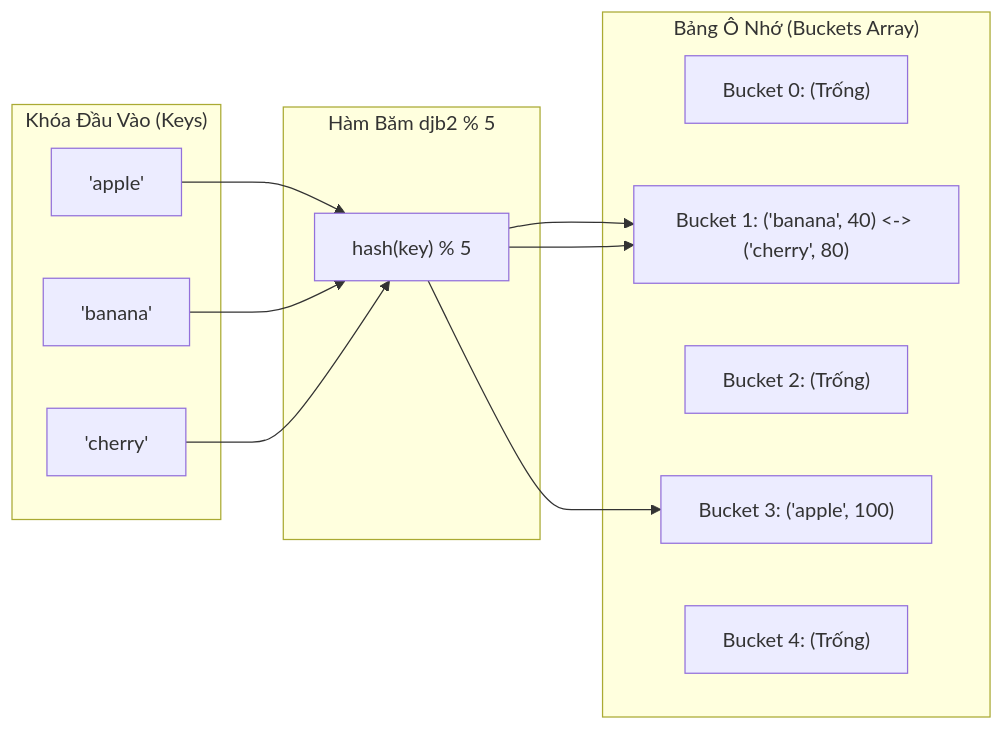
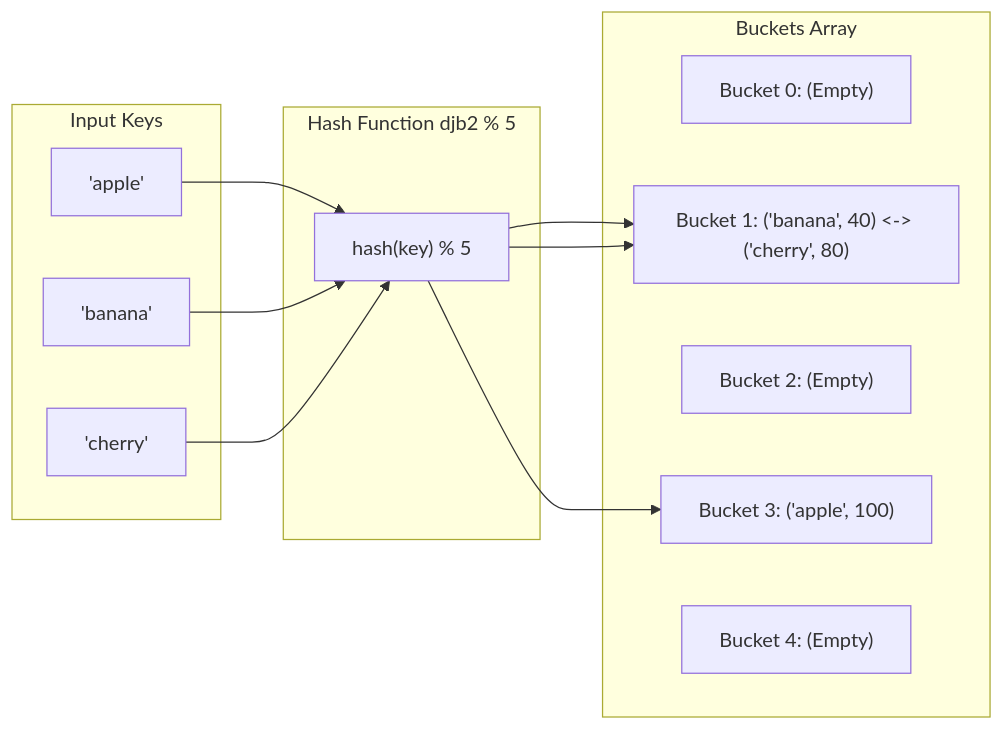
One commit to ga2631/ga2631.github.io changed the diagram in src/data/blog/en/52-2026-06-18-data-structure-hash-table-collision-chaining-open-addressing-cpp.md. Above: the diagram before and after it, drawn with Mermaid. The commit also changed other lines of this file and 74 other files, not shown here.

````diff
--- a/src/data/blog/en/52-2026-06-18-data-structure-hash-table-collision-chaining-open-addressing-cpp.md
+++ b/src/data/blog/en/52-2026-06-18-data-structure-hash-table-collision-chaining-open-addressing-cpp.md
@@ -58,24 +58,24 @@
 ```mermaid
 flowchart LR
-    subgraph Keys ["Khóa Đầu Vào (Keys)"]
+    subgraph Keys ["Input Keys"]
         K1["'apple'"]
         K2["'banana'"]
         K3["'cherry'"]
     end
 
-    subgraph HashFunc ["Hàm Băm djb2 % 5"]
+    subgraph HashFunc ["Hash Function djb2 % 5"]
         HF["hash(key) % 5"]
     end
 
-    subgraph Buckets ["Bảng Ô Nhớ (Buckets Array)"]
-        B0["Bucket 0: (Trống)"]
+    subgraph Buckets ["Buckets Array"]
+        B0["Bucket 0: (Empty)"]
         B1["Bucket 1: ('banana', 40) <-> ('cherry', 80)"]
-        B2["Bucket 2: (Trống)"]
+        B2["Bucket 2: (Empty)"]
         B3["Bucket 3: ('apple', 100)"]
-        B4["Bucket 4: (Trống)"]
+        B4["Bucket 4: (Empty)"]
     end
 
     K1 --> HF --> B3
     K2 --> HF --> B1
     K3 --> HF --> B1
 ```
````
